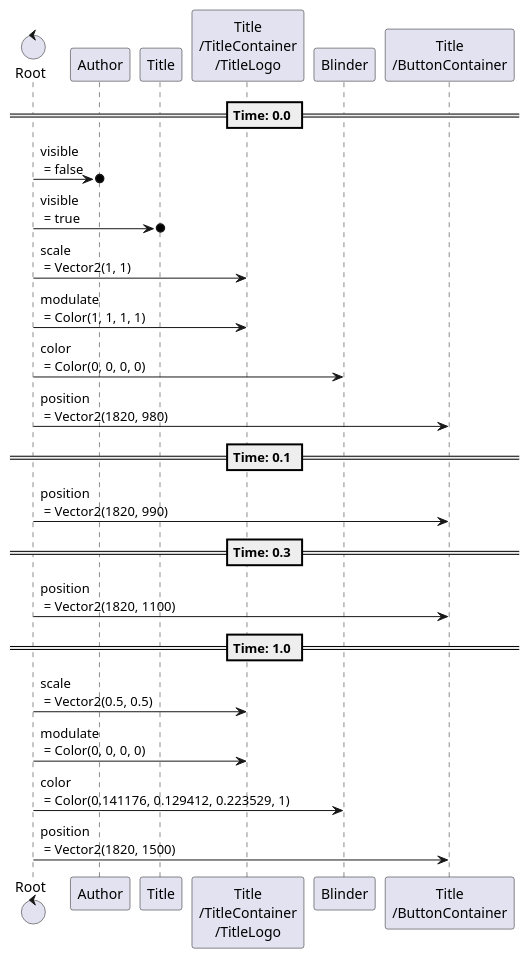
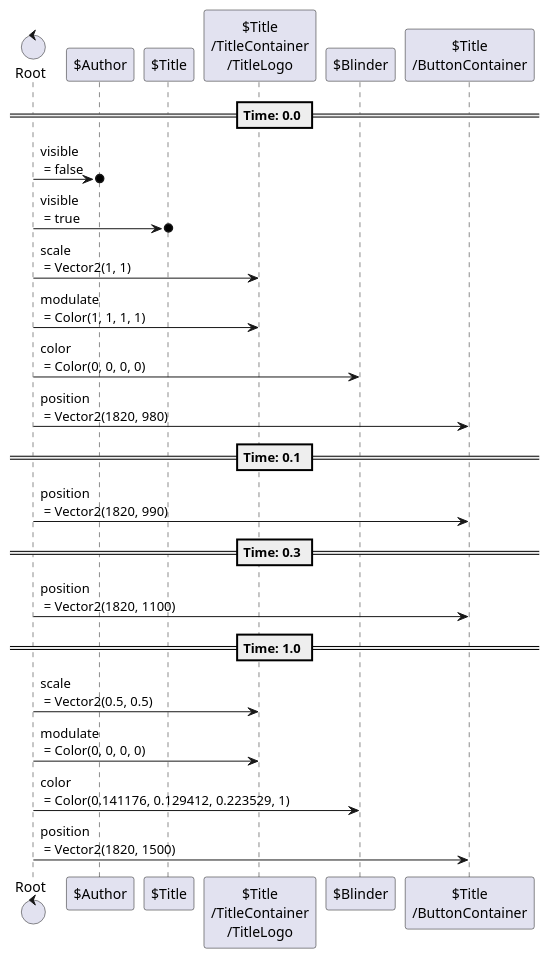
One commit to tkmfujise/Platformer-Game-Learning changed the third of 5 diagrams in content/scenes/src/beginning/screen/screen.tscn.adoc. Above: the diagram before and after it, drawn with PlantUML. The commit also changed other lines of this file and 31 other files, not shown here.

Commit message:
Add prefix $ to node name in animation sequences

```diff
--- a/content/scenes/src/beginning/screen/screen.tscn.adoc
+++ b/content/scenes/src/beginning/screen/screen.tscn.adoc
@@ -152,30 +152,30 @@
 [plantuml]
 ....
-control "Root" as Root
-participant "Author" as T0
-participant "Title" as T1
-participant "Title\n/TitleContainer\n/TitleLogo" as T2
-participant "Blinder" as T4
-participant "Title\n/ButtonContainer" as T5
+control "Root" as R
+participant "$Author" as T0
+participant "$Title" as T1
+participant "$Title\n/TitleContainer\n/TitleLogo" as T2
+participant "$Blinder" as T4
+participant "$Title\n/ButtonContainer" as T5
 
 
 
 == Time: 0.0 ==
-Root  ->o  T0 : visible\n = false
-Root  ->o  T1 : visible\n = true
-Root  ->  T2 : scale\n = Vector2(1, 1)
-Root  ->  T2 : modulate\n = Color(1, 1, 1, 1)
-Root  ->  T4 : color\n = Color(0, 0, 0, 0)
-Root  ->  T5 : position\n = Vector2(1820, 980)
+R  ->o  T0 : visible\n = false
+R  ->o  T1 : visible\n = true
+R  ->  T2 : scale\n = Vector2(1, 1)
+R  ->  T2 : modulate\n = Color(1, 1, 1, 1)
+R  ->  T4 : color\n = Color(0, 0, 0, 0)
+R  ->  T5 : position\n = Vector2(1820, 980)
 == Time: 0.1 ==
-Root  ->  T5 : position\n = Vector2(1820, 990)
+R  ->  T5 : position\n = Vector2(1820, 990)
 == Time: 0.3 ==
-Root  ->  T5 : position\n = Vector2(1820, 1100)
+R  ->  T5 : position\n = Vector2(1820, 1100)
 == Time: 1.0 ==
-Root  ->  T2 : scale\n = Vector2(0.5, 0.5)
-Root  ->  T2 : modulate\n = Color(0, 0, 0, 0)
-Root  ->  T4 : color\n = Color(0.141176, 0.129412, 0.223529, 1)
-Root  ->  T5 : position\n = Vector2(1820, 1500)
+R  ->  T2 : scale\n = Vector2(0.5, 0.5)
+R  ->  T2 : modulate\n = Color(0, 0, 0, 0)
+R  ->  T4 : color\n = Color(0.141176, 0.129412, 0.223529, 1)
+R  ->  T5 : position\n = Vector2(1820, 1500)
 
 
 ....
```
